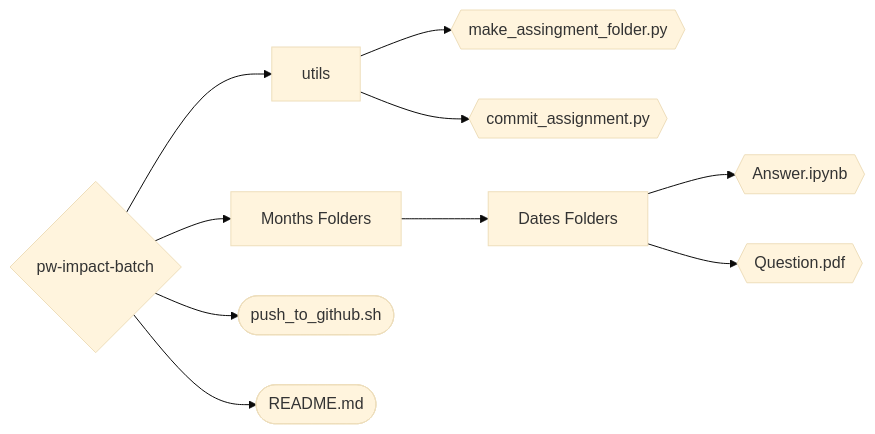
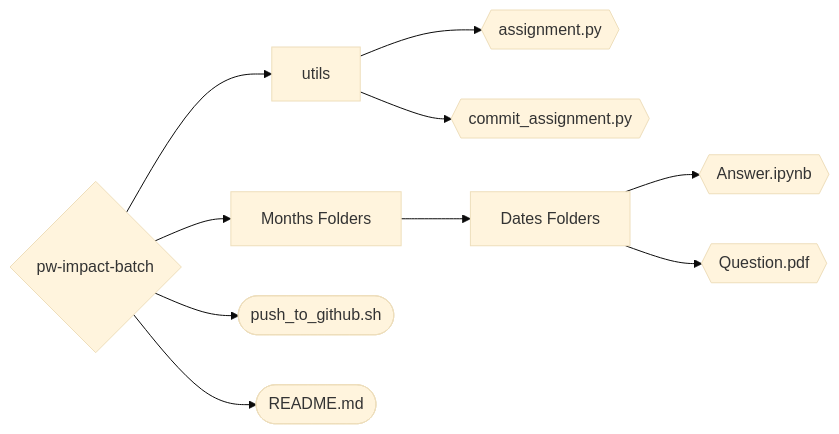
The diagram in README.md (arv-anshul/pw-impact-batch), drawn with Mermaid (base theme) before and after one commit. The commit also changed other lines of this file and 3 other files, not shown here.

````diff
--- a/README.md
+++ b/README.md
@@ -19,17 +19,17 @@
 ```mermaid
 flowchart LR
 
 repo{pw-impact-batch}
 
 repo  --> ut[utils]
 repo --> month-f[Months Folders]
 repo --> repo-sh([push_to_github.sh])
 repo --> repo-md([README.md])
 
-ut --> ut1{{make_assingment_folder.py}}
+ut --> ut1{{assignment.py}}
 ut --> ut2{{commit_assignment.py}}
 
 month-f --> date-f[Dates Folders]
 date-f --> 1{{Answer.ipynb}}
 date-f --> 2{{Question.pdf}}
 ```
````
